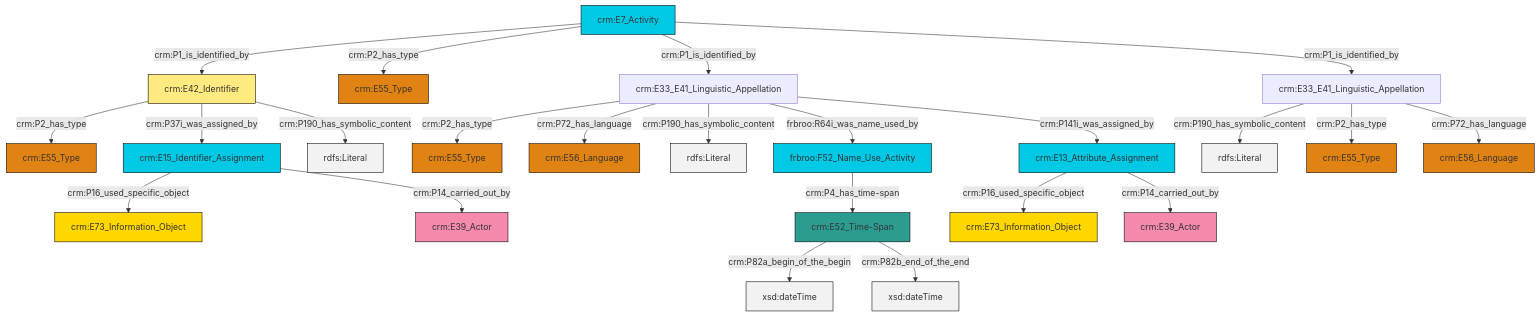
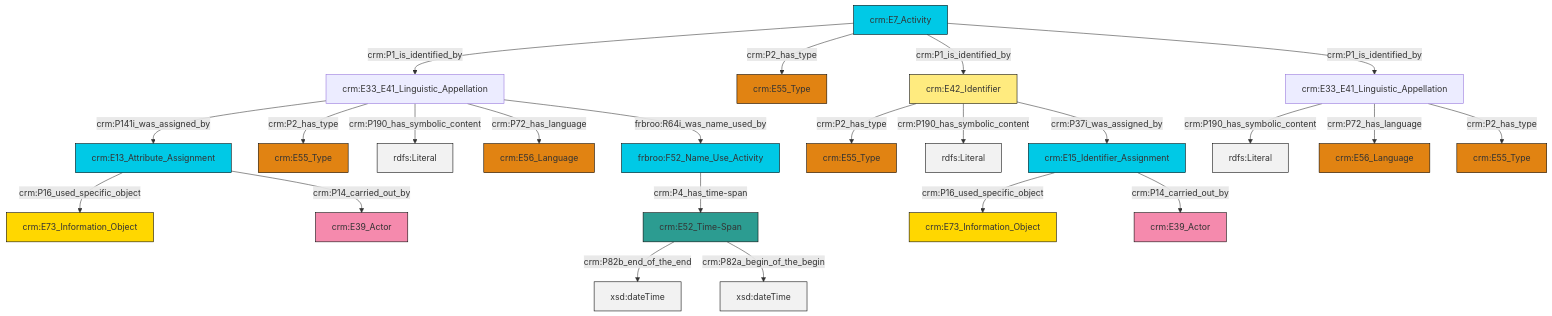
One commit to swiss-art-research-net/docs.swissartresearch changed the diagram in et/eventCSV/ttl/mmd/event_name.ttl.mmd. Above: the diagram before and after it, drawn with Mermaid. The commit also changed 178 other files, not shown here.

```diff
--- a/et/eventCSV/ttl/mmd/event_name.ttl.mmd
+++ b/et/eventCSV/ttl/mmd/event_name.ttl.mmd
@@ -1,37 +1,37 @@
 graph TD
 classDef Literal fill:#f2f2f2,stroke:#000000;
 classDef CRM_Entity fill:#FFFFFF,stroke:#000000;
 classDef Temporal_Entity fill:#00C9E6, stroke:#000000;
 classDef Type fill:#E18312, stroke:#000000;
 classDef Time-Span fill:#2C9C91, stroke:#000000;
 classDef Appellation fill:#FFEB7F, stroke:#000000;
 classDef Place fill:#008836, stroke:#000000;
 classDef Persistent_Item fill:#B266B2, stroke:#000000;
 classDef Conceptual_Object fill:#FFD700, stroke:#000000;
 classDef Physical_Thing fill:#D2B48C, stroke:#000000;
 classDef Actor fill:#f58aad, stroke:#000000;
 classDef PC_Classes fill:#4ce600, stroke:#000000;
 classDef Multi fill:#cccccc,stroke:#000000;
 
-0["crm:E42_Identifier"]:::Appellation -->|crm:P2_has_type| 1["crm:E55_Type"]:::Type
-4["crm:E33_E41_Linguistic_Appellation"]:::Default -->|crm:P2_has_type| 5["crm:E55_Type"]:::Type
-4["crm:E33_E41_Linguistic_Appellation"]:::Default -->|crm:P72_has_language| 6["crm:E56_Language"]:::Type
-4["crm:E33_E41_Linguistic_Appellation"]:::Default -->|crm:P190_has_symbolic_content| 11[rdfs:Literal]:::Literal
-0["crm:E42_Identifier"]:::Appellation -->|crm:P37i_was_assigned_by| 12["crm:E15_Identifier_Assignment"]:::Temporal_Entity
-12["crm:E15_Identifier_Assignment"]:::Temporal_Entity -->|crm:P16_used_specific_object| 19["crm:E73_Information_Object"]:::Conceptual_Object
-0["crm:E42_Identifier"]:::Appellation -->|crm:P190_has_symbolic_content| 20[rdfs:Literal]:::Literal
-23["crm:E7_Activity"]:::Temporal_Entity -->|crm:P1_is_identified_by| 0["crm:E42_Identifier"]:::Appellation
-15["crm:E33_E41_Linguistic_Appellation"]:::Default -->|crm:P190_has_symbolic_content| 24[rdfs:Literal]:::Literal
-4["crm:E33_E41_Linguistic_Appellation"]:::Default -->|frbroo:R64i_was_name_used_by| 25["frbroo:F52_Name_Use_Activity"]:::Temporal_Entity
-23["crm:E7_Activity"]:::Temporal_Entity -->|crm:P2_has_type| 13["crm:E55_Type"]:::Type
-17["crm:E52_Time-Span"]:::Time-Span -->|crm:P82a_begin_of_the_begin| 28[xsd:dateTime]:::Literal
-15["crm:E33_E41_Linguistic_Appellation"]:::Default -->|crm:P2_has_type| 2["crm:E55_Type"]:::Type
-7["crm:E13_Attribute_Assignment"]:::Temporal_Entity -->|crm:P16_used_specific_object| 9["crm:E73_Information_Object"]:::Conceptual_Object
-23["crm:E7_Activity"]:::Temporal_Entity -->|crm:P1_is_identified_by| 4["crm:E33_E41_Linguistic_Appellation"]:::Default
-17["crm:E52_Time-Span"]:::Time-Span -->|crm:P82b_end_of_the_end| 33[xsd:dateTime]:::Literal
-25["frbroo:F52_Name_Use_Activity"]:::Temporal_Entity -->|crm:P4_has_time-span| 17["crm:E52_Time-Span"]:::Time-Span
-15["crm:E33_E41_Linguistic_Appellation"]:::Default -->|crm:P72_has_language| 34["crm:E56_Language"]:::Type
-12["crm:E15_Identifier_Assignment"]:::Temporal_Entity -->|crm:P14_carried_out_by| 36["crm:E39_Actor"]:::Actor
-7["crm:E13_Attribute_Assignment"]:::Temporal_Entity -->|crm:P14_carried_out_by| 38["crm:E39_Actor"]:::Actor
-4["crm:E33_E41_Linguistic_Appellation"]:::Default -->|crm:P141i_was_assigned_by| 7["crm:E13_Attribute_Assignment"]:::Temporal_Entity
-23["crm:E7_Activity"]:::Temporal_Entity -->|crm:P1_is_identified_by| 15["crm:E33_E41_Linguistic_Appellation"]:::Default
+2["crm:E7_Activity"]:::Temporal_Entity -->|crm:P1_is_identified_by| 6["crm:E33_E41_Linguistic_Appellation"]:::Default
+2["crm:E7_Activity"]:::Temporal_Entity -->|crm:P2_has_type| 4["crm:E55_Type"]:::Type
+13["crm:E15_Identifier_Assignment"]:::Temporal_Entity -->|crm:P16_used_specific_object| 14["crm:E73_Information_Object"]:::Conceptual_Object
+15["crm:E42_Identifier"]:::Appellation -->|crm:P2_has_type| 9["crm:E55_Type"]:::Type
+11["crm:E52_Time-Span"]:::Time-Span -->|crm:P82b_end_of_the_end| 19[xsd:dateTime]:::Literal
+24["frbroo:F52_Name_Use_Activity"]:::Temporal_Entity -->|crm:P4_has_time-span| 11["crm:E52_Time-Span"]:::Time-Span
+15["crm:E42_Identifier"]:::Appellation -->|crm:P190_has_symbolic_content| 25[rdfs:Literal]:::Literal
+6["crm:E33_E41_Linguistic_Appellation"]:::Default -->|crm:P141i_was_assigned_by| 20["crm:E13_Attribute_Assignment"]:::Temporal_Entity
+27["crm:E33_E41_Linguistic_Appellation"]:::Default -->|crm:P190_has_symbolic_content| 29[rdfs:Literal]:::Literal
+6["crm:E33_E41_Linguistic_Appellation"]:::Default -->|crm:P2_has_type| 30["crm:E55_Type"]:::Type
+20["crm:E13_Attribute_Assignment"]:::Temporal_Entity -->|crm:P16_used_specific_object| 32["crm:E73_Information_Object"]:::Conceptual_Object
+2["crm:E7_Activity"]:::Temporal_Entity -->|crm:P1_is_identified_by| 15["crm:E42_Identifier"]:::Appellation
+11["crm:E52_Time-Span"]:::Time-Span -->|crm:P82a_begin_of_the_begin| 38[xsd:dateTime]:::Literal
+13["crm:E15_Identifier_Assignment"]:::Temporal_Entity -->|crm:P14_carried_out_by| 34["crm:E39_Actor"]:::Actor
+6["crm:E33_E41_Linguistic_Appellation"]:::Default -->|crm:P190_has_symbolic_content| 39[rdfs:Literal]:::Literal
+2["crm:E7_Activity"]:::Temporal_Entity -->|crm:P1_is_identified_by| 27["crm:E33_E41_Linguistic_Appellation"]:::Default
+6["crm:E33_E41_Linguistic_Appellation"]:::Default -->|crm:P72_has_language| 22["crm:E56_Language"]:::Type
+27["crm:E33_E41_Linguistic_Appellation"]:::Default -->|crm:P72_has_language| 17["crm:E56_Language"]:::Type
+6["crm:E33_E41_Linguistic_Appellation"]:::Default -->|frbroo:R64i_was_name_used_by| 24["frbroo:F52_Name_Use_Activity"]:::Temporal_Entity
+27["crm:E33_E41_Linguistic_Appellation"]:::Default -->|crm:P2_has_type| 0["crm:E55_Type"]:::Type
+20["crm:E13_Attribute_Assignment"]:::Temporal_Entity -->|crm:P14_carried_out_by| 7["crm:E39_Actor"]:::Actor
+15["crm:E42_Identifier"]:::Appellation -->|crm:P37i_was_assigned_by| 13["crm:E15_Identifier_Assignment"]:::Temporal_Entity
```
